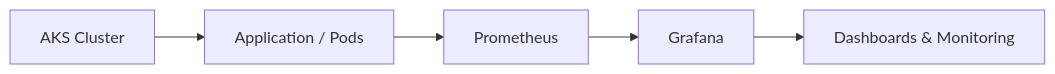
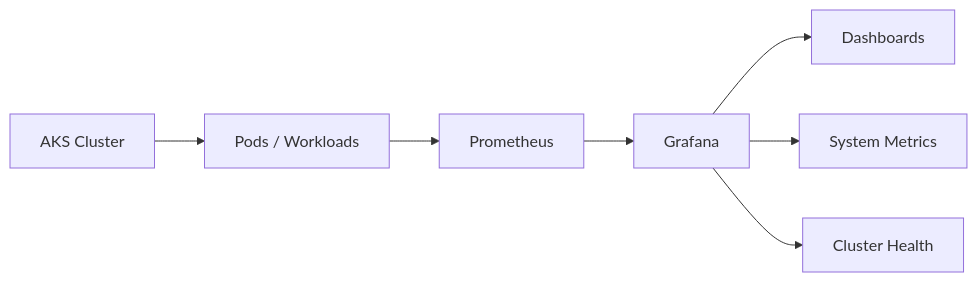
One commit to Pjaisw1103/Pjaisw1103 changed the second of 2 diagrams in README.md. Above: the diagram before and after it, drawn with Mermaid. The commit also changed other lines of this file, not shown here.

````diff
--- a/README.md
+++ b/README.md
@@ -161,7 +218,9 @@
 ```mermaid
 flowchart LR
-    A["AKS Cluster"] --> B["Application / Pods"]
+    A["AKS Cluster"] --> B["Pods / Workloads"]
     B --> C["Prometheus"]
     C --> D["Grafana"]
-    D --> E["Dashboards & Monitoring"]
+    D --> E["Dashboards"]
+    D --> F["System Metrics"]
+    D --> G["Cluster Health"]
 ```
````
